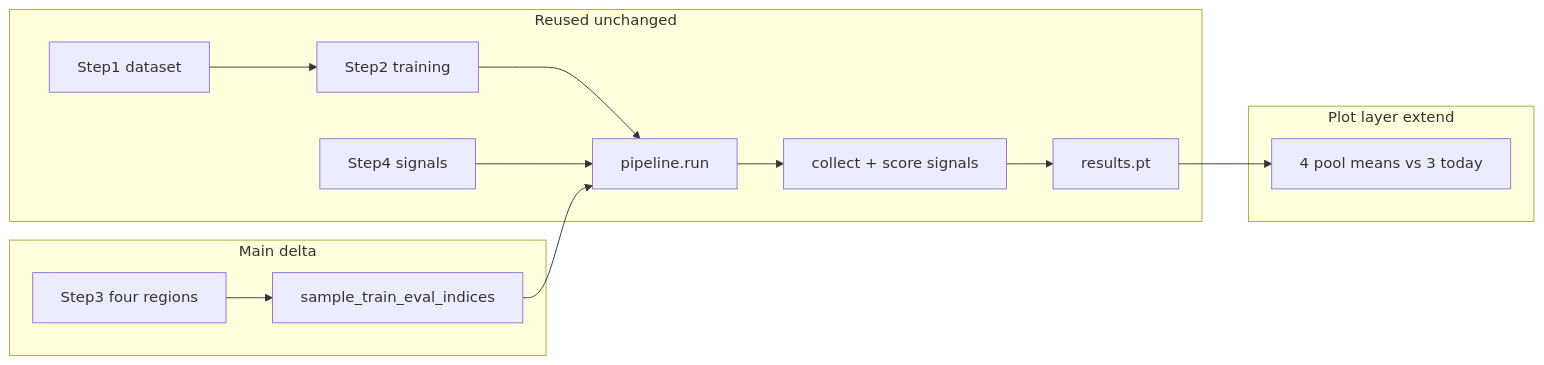
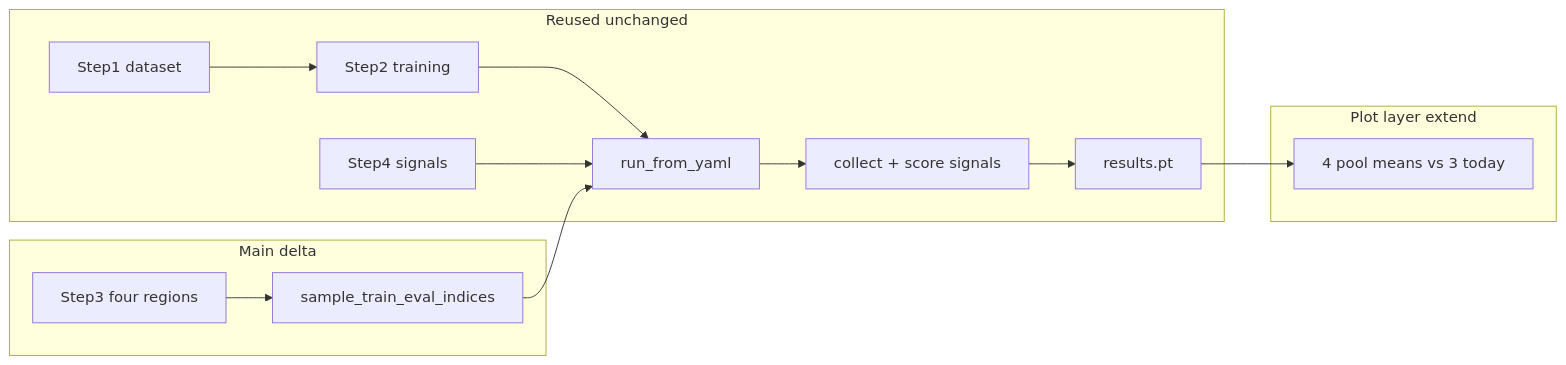
Before and after one commit to gigibot-tech/uqlab-streamlit: the diagram in docs/features/evaluation-protocol.md, drawn with Mermaid. The commit also changed other lines of this file and 18 other files, not shown here.

````diff
--- a/docs/features/evaluation-protocol.md
+++ b/docs/features/evaluation-protocol.md
@@ -35,23 +36,23 @@
 ```mermaid
 flowchart LR
   subgraph reused [Reused unchanged]
     S1[Step1 dataset]
     S2[Step2 training]
     S4[Step4 signals]
-    RUN[pipeline.run]
+    RUN[run_from_yaml]
     SIG[collect + score signals]
     ART[results.pt]
     S1 --> S2 --> RUN
     S4 --> RUN
     RUN --> SIG --> ART
   end
   subgraph delta [Main delta]
     S3[Step3 four regions]
     SPLIT[sample_train_eval_indices]
     S3 --> SPLIT
     SPLIT --> RUN
   end
   subgraph plots [Plot layer extend]
     ART --> POOL["4 pool means vs 3 today"]
   end
 ```
````
